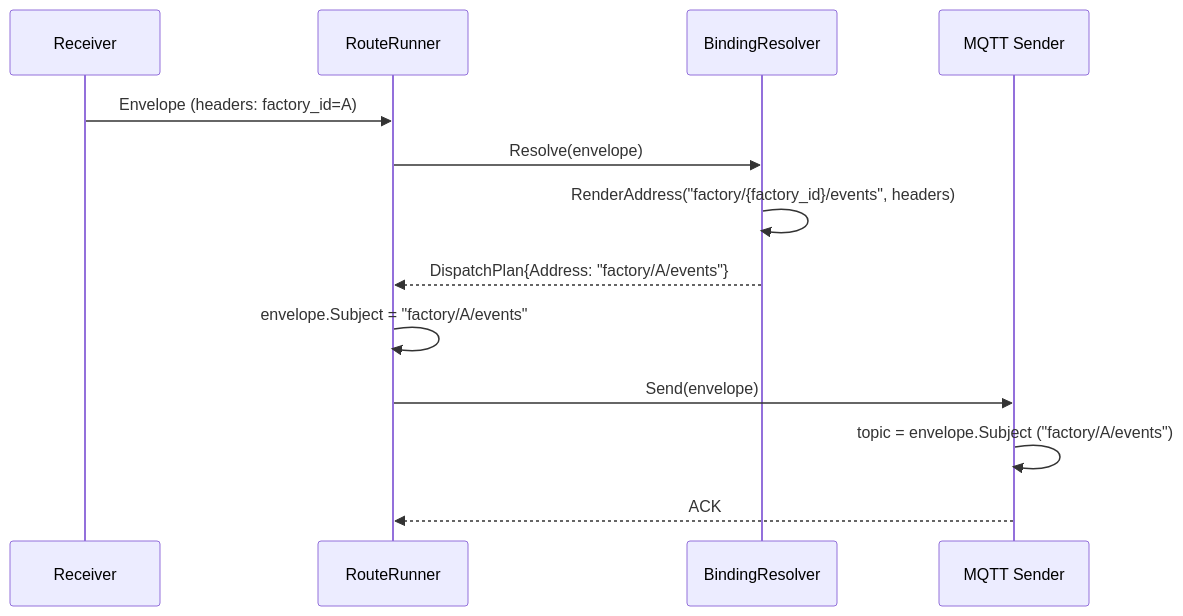
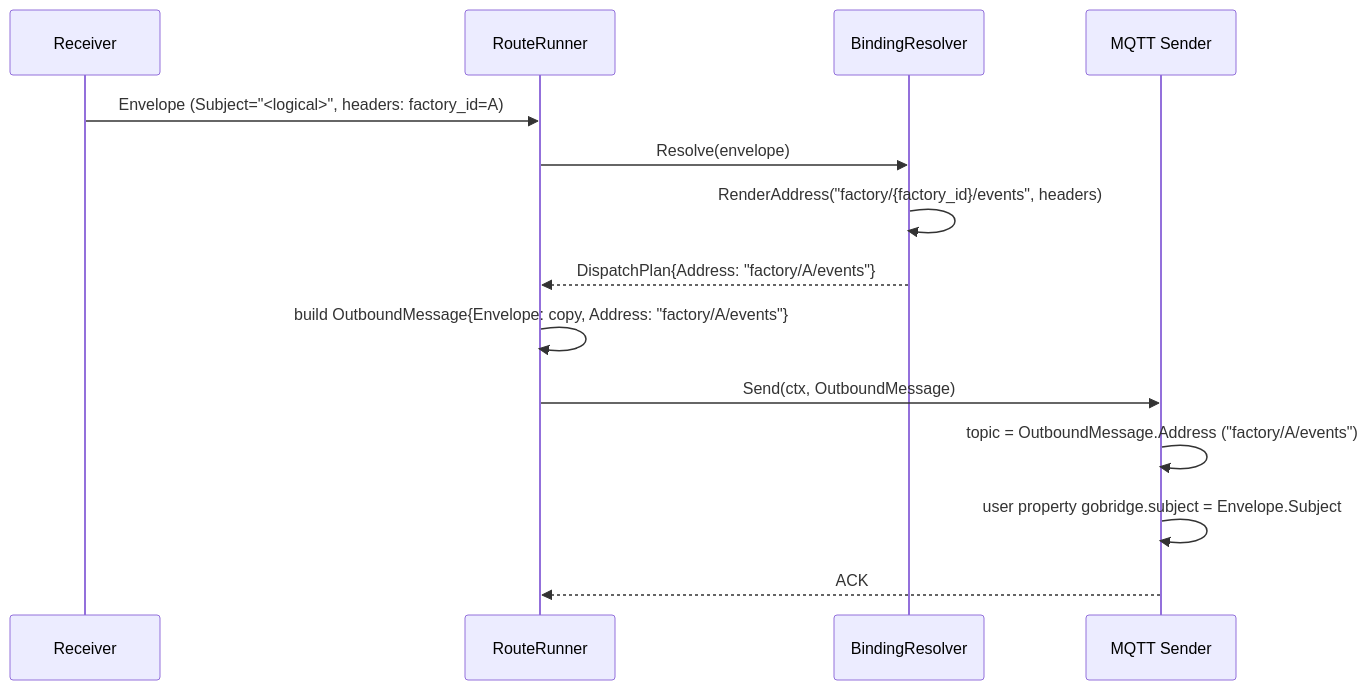
Before and after one commit to mariotoffia/gobridge: the second of 3 diagrams in docs/scenarios/12-dynamic-destination-routing.md, drawn with Mermaid. The commit also changed other lines of this file and 9 other files, not shown here.

First line of the commit message:
T13: Document Envelope.Subject vs OutboundMessage.Address split

````diff
--- a/docs/scenarios/12-dynamic-destination-routing.md
+++ b/docs/scenarios/12-dynamic-destination-routing.md
@@ -109,16 +109,17 @@
 ```mermaid
 sequenceDiagram
     participant R as Receiver
     participant Route as RouteRunner
     participant Res as BindingResolver
     participant S as MQTT Sender
 
-    R->>Route: Envelope (headers: factory_id=A)
+    R->>Route: Envelope (Subject="<logical>", headers: factory_id=A)
     Route->>Res: Resolve(envelope)
     Res->>Res: RenderAddress("factory/{factory_id}/events", headers)
     Res-->>Route: DispatchPlan{Address: "factory/A/events"}
-    Route->>Route: envelope.Subject = "factory/A/events"
-    Route->>S: Send(envelope)
-    S->>S: topic = envelope.Subject ("factory/A/events")
+    Route->>Route: build OutboundMessage{Envelope: copy, Address: "factory/A/events"}
+    Route->>S: Send(ctx, OutboundMessage)
+    S->>S: topic = OutboundMessage.Address ("factory/A/events")
+    S->>S: user property gobridge.subject = Envelope.Subject
     S-->>Route: ACK
 ```
````
